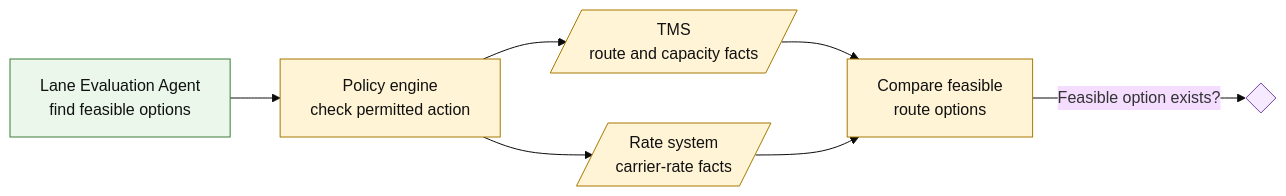
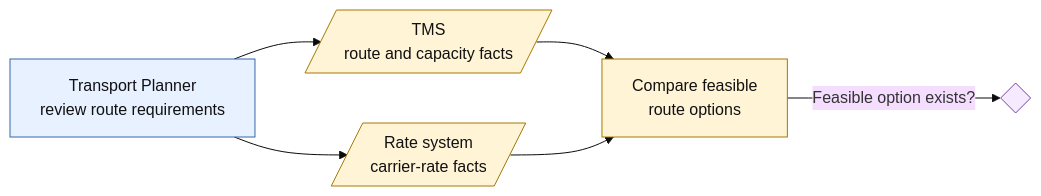
One commit to cprima-playground/cpm-eaop-showcase-logistics-rfq changed the fourth of 10 diagrams in docs/story/agentically-enhanced-job-example.md. Above: the diagram before and after it, drawn with Mermaid (base theme). The commit also changed other lines of this file, not shown here.

Commit message:
docs(story): separate human process from agent enhancement

````diff
--- a/docs/story/agentically-enhanced-job-example.md
+++ b/docs/story/agentically-enhanced-job-example.md
@@ -185,23 +179,21 @@
 ```mermaid
 flowchart LR
-    evaluate[Lane Evaluation Agent<br/>find feasible options]
-    policy[Policy engine<br/>check permitted action]
+    review[Transport Planner<br/>review route requirements]
     tms[/TMS<br/>route and capacity facts/]
     rates[/Rate system<br/>carrier-rate facts/]
     options[Compare feasible<br/>route options]
     feasible{ }
-    evaluate --> policy
-    policy --> tms
-    policy --> rates
+    review --> tms
+    review --> rates
     tms --> options
     rates --> options
     options -->|Feasible option exists?| feasible
 
     classDef human fill:#e8f1ff,stroke:#3566a8,color:#111;
     classDef agent fill:#eaf7ea,stroke:#3b7d3b,color:#111;
     classDef system fill:#fff4d6,stroke:#a87800,color:#111;
     classDef decision fill:#f5eaff,stroke:#7542a5,color:#111,font-size:10px;
-    class evaluate agent;
-    class policy,tms,rates,options system;
+    class review human;
+    class tms,rates,options system;
     class feasible decision;
 ```
````
